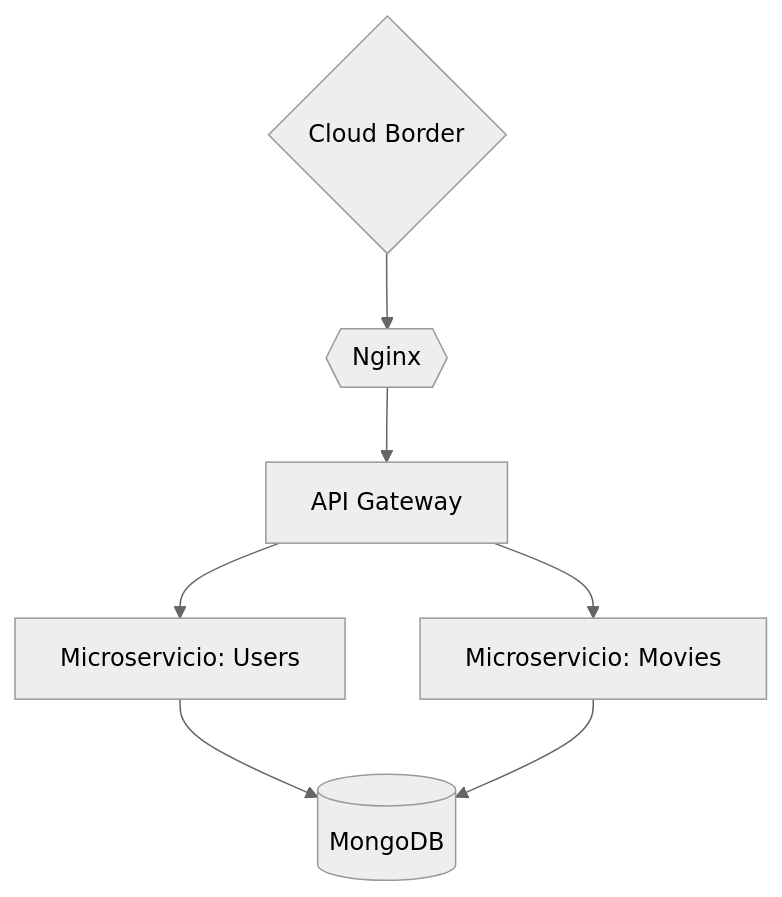
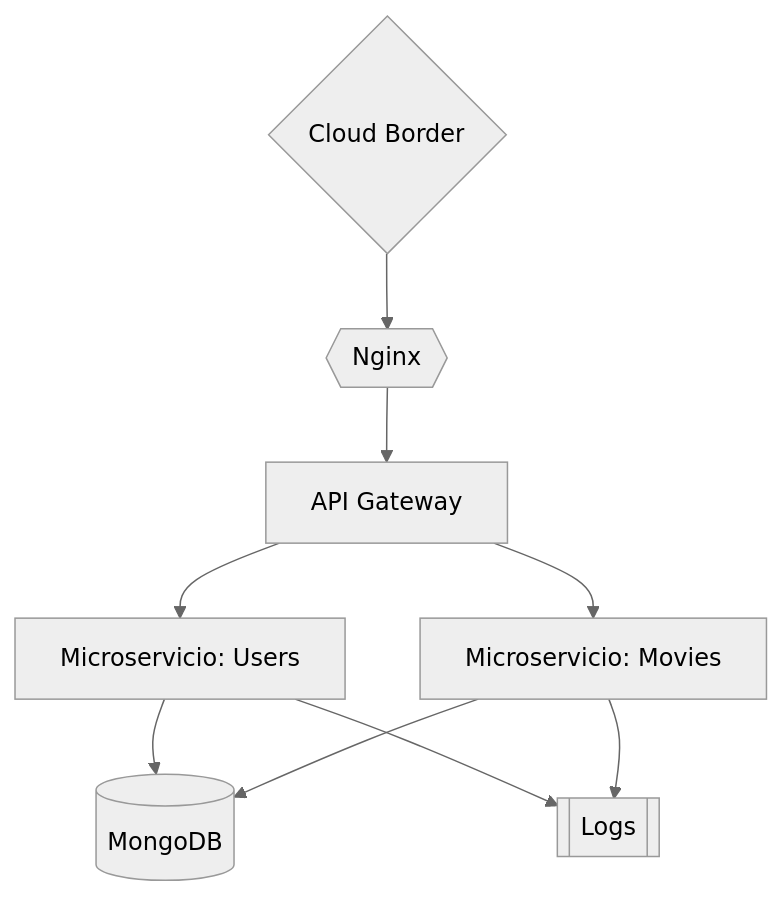
Before and after one commit to imeshinnovation/proyecto_ddd: the first of 2 diagrams in README.md, drawn with Mermaid (neutral theme).

Commit message:
Update repo

````diff
--- a/README.md
+++ b/README.md
@@ -24,10 +24,12 @@
 ```mermaid
 graph TD
     A{Cloud Border}
     A --> B{{Nginx}}
     B --> C[API Gateway]
     C --> D[Microservicio: Users]
     C --> E[Microservicio: Movies]
     D --> F[(MongoDB)]
     E --> F[(MongoDB)]
+    D --> G[[Logs]]
+    E --> G[[Logs]]
 ```
````
